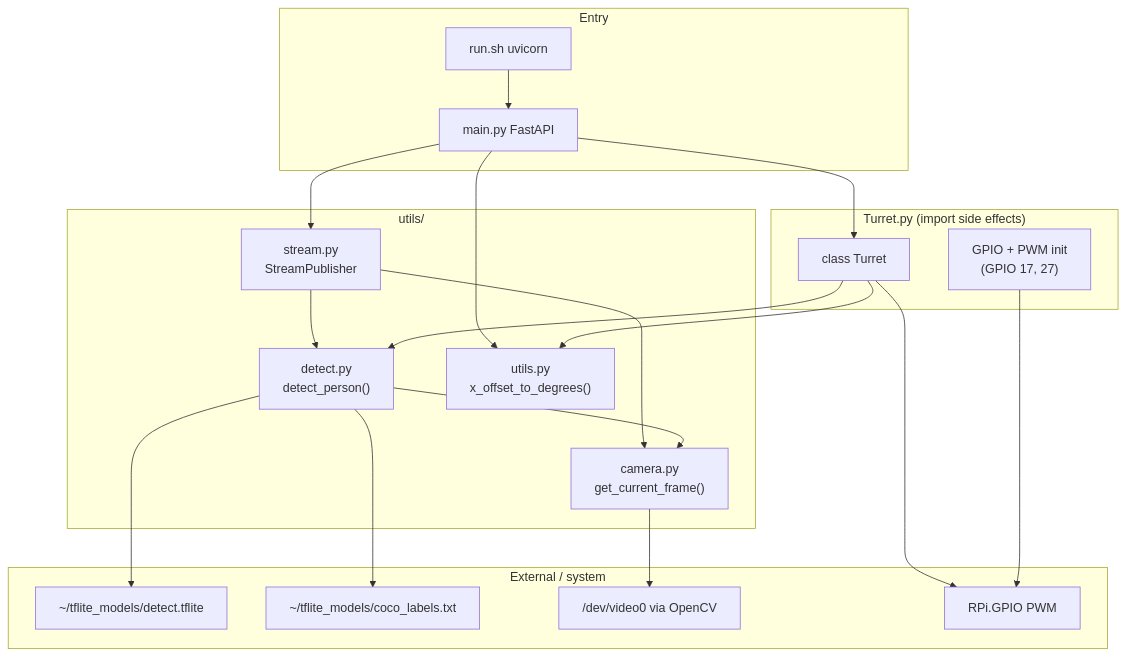
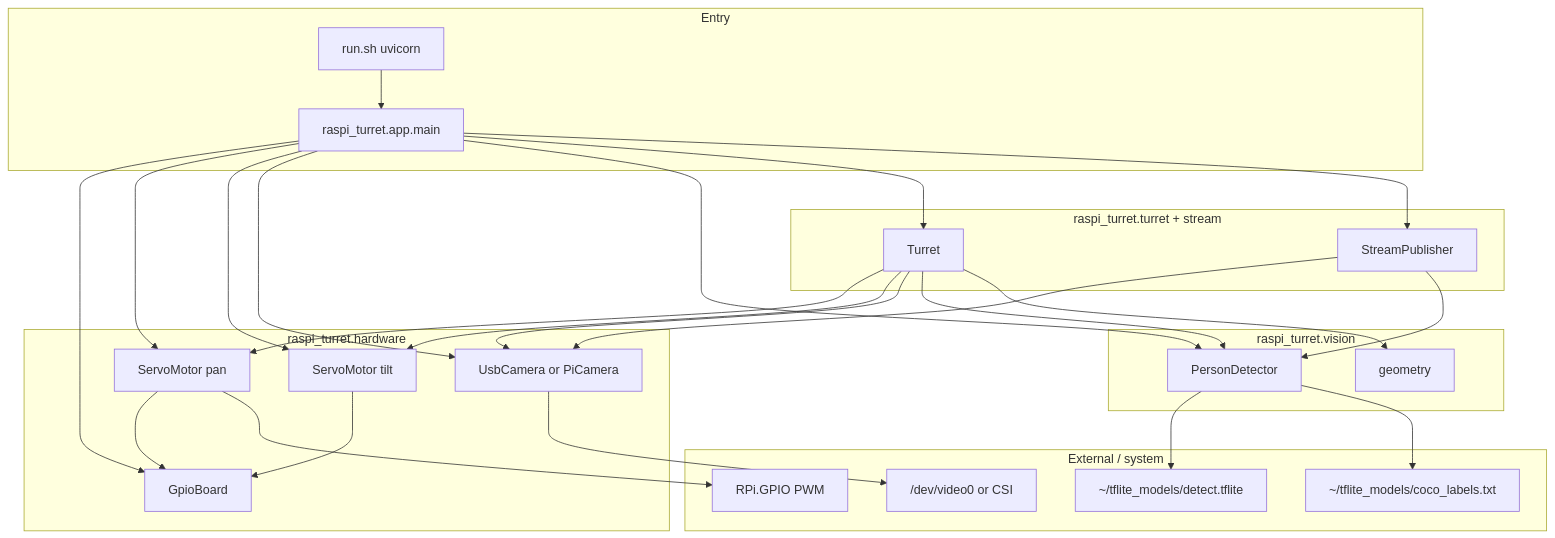
Before and after one commit to aclarke500/raspi-turret: the first of 2 diagrams in docs/ARCHITECTURE.md, drawn with Mermaid. The commit also changed other lines of this file and 37 other files, not shown here.

````diff
--- a/docs/ARCHITECTURE.md
+++ b/docs/ARCHITECTURE.md
@@ -73,41 +80,53 @@
 ```mermaid
 flowchart TB
     subgraph entry["Entry"]
-        main["main.py FastAPI"]
+        appMain["raspi_turret.app.main"]
         runsh["run.sh uvicorn"]
     end
 
-    subgraph turret_mod["Turret.py (import side effects)"]
-        TurretClass["class Turret"]
-        GPIOInit["GPIO + PWM init\n(GPIO 17, 27)"]
+    subgraph hardware["raspi_turret.hardware"]
+        GpioBoard["GpioBoard"]
+        Pan["ServoMotor pan"]
+        Tilt["ServoMotor tilt"]
+        Cam["UsbCamera or PiCamera"]
     end
 
-    subgraph utils_pkg["utils/"]
-        detect["detect.py\ndetect_person()"]
-        stream["stream.py\nStreamPublisher"]
-        camera["camera.py\nget_current_frame()"]
-        ut["utils.py\nx_offset_to_degrees()"]
+    subgraph vision["raspi_turret.vision"]
+        Det["PersonDetector"]
+        Geo["geometry"]
+    end
+
+    subgraph core["raspi_turret.turret + stream"]
+        TurretClass["Turret"]
+        Stream["StreamPublisher"]
     end
 
     subgraph external["External / system"]
         tflite["~/tflite_models/detect.tflite"]
         labels["~/tflite_models/coco_labels.txt"]
-        webcam["/dev/video0 via OpenCV"]
+        webcam["/dev/video0 or CSI"]
         gpio["RPi.GPIO PWM"]
     end
 
-    runsh --> main
-    main --> TurretClass
-    main --> stream
-    main --> ut
-    stream --> detect
-    stream --> camera
-    TurretClass --> detect
-    TurretClass --> ut
-    TurretClass --> gpio
-    GPIOInit --> gpio
-    detect --> camera
-    detect --> tflite
-    detect --> labels
-    camera --> webcam
+    runsh --> appMain
+    appMain --> GpioBoard
+    appMain --> Pan
+    appMain --> Tilt
+    appMain --> Cam
+    appMain --> Det
+    appMain --> TurretClass
+    appMain --> Stream
+    TurretClass --> Pan
+    TurretClass --> Tilt
+    TurretClass --> Cam
+    TurretClass --> Det
+    TurretClass --> Geo
+    Stream --> Cam
+    Stream --> Det
+    Pan --> GpioBoard
+    Tilt --> GpioBoard
+    Det --> tflite
+    Det --> labels
+    Cam --> webcam
+    Pan --> gpio
 ```
````
